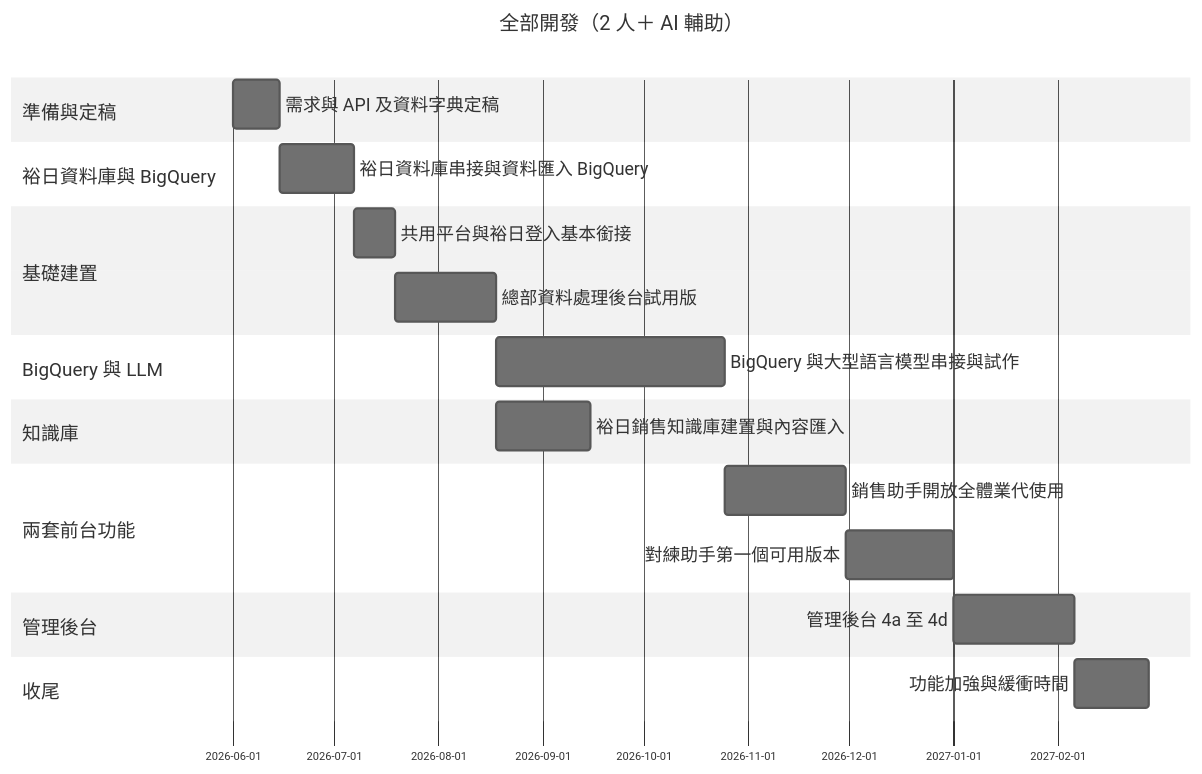
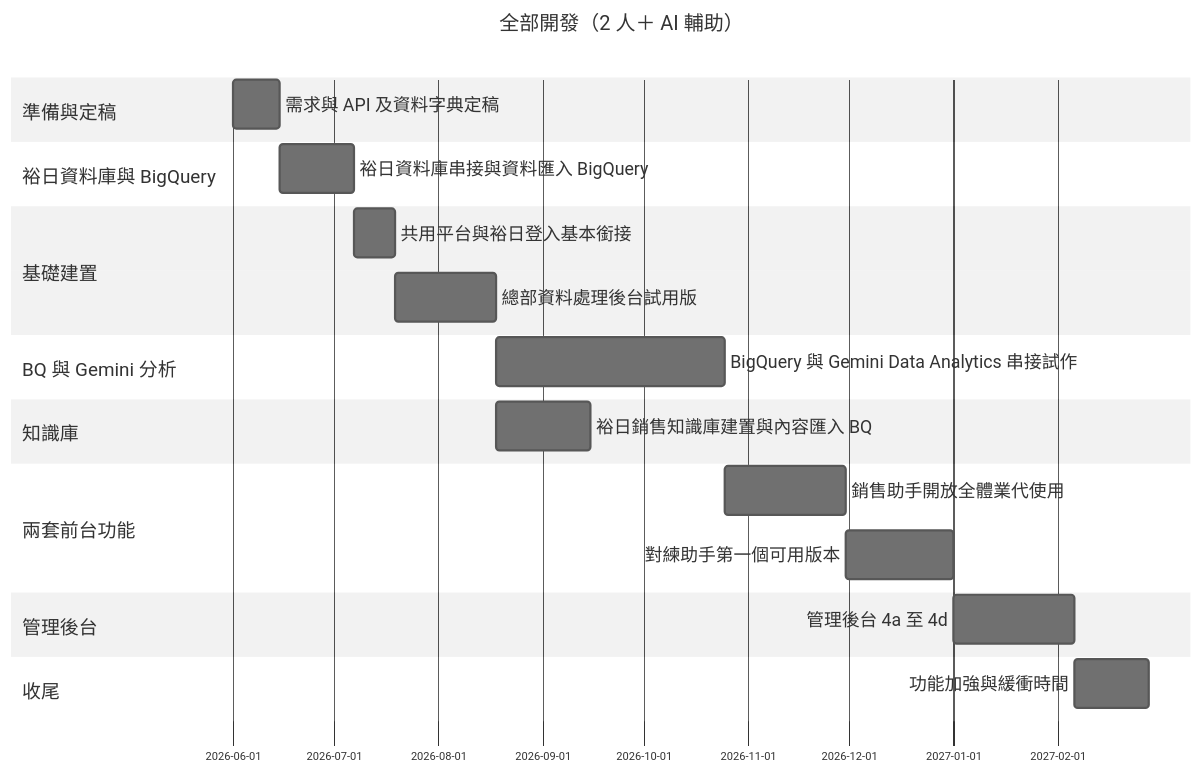
The first of 2 diagrams in PROJECT_SCOPE_SALES_TRAINING.md (humtersiso/YNM_Sales_AI_Coach), drawn with Mermaid (neutral theme) before and after one commit. The commit also changed other lines of this file and 3 other files, not shown here.

First line of the commit message:
docs: v0.15 定案 BQ + Gemini Data Analytics 資料路徑

````diff
--- a/PROJECT_SCOPE_SALES_TRAINING.md
+++ b/PROJECT_SCOPE_SALES_TRAINING.md
@@ -133,24 +251,47 @@
 ```mermaid
+
 %%{init: { "gantt": { "barHeight": 44, "barGap": 14, "fontSize": 16, "sectionFontSize": 17, "topPadding": 70, "leftPadding": 200, "gridLineStartPadding": 50 } } }%%
+
 gantt
+
 title 全部開發（2 人＋ AI 輔助）
+
 dateFormat YYYY-MM-DD
+
 section 準備與定稿
+
 需求與 API 及資料字典定稿 :p0, 2026-06-01, 14d
+
 section 裕日資料庫與 BigQuery
+
 裕日資料庫串接與資料匯入 BigQuery :pdb, after p0, 22d
+
 section 基礎建置
+
 共用平台與裕日登入基本銜接 :p1, after pdb, 12d
+
 總部資料處理後台試用版 :p1b, after p1, 30d
-section BigQuery 與 LLM
-BigQuery 與大型語言模型串接與試作 :pll, after p1b, 68d
+
+section BQ 與 Gemini 分析
+
+BigQuery 與 Gemini Data Analytics 串接試作 :pll, after p1b, 68d
+
 section 知識庫
-裕日銷售知識庫建置與內容匯入 :pk, after p1b, 28d
+
+裕日銷售知識庫建置與內容匯入 BQ :pk, after p1b, 28d
+
 section 兩套前台功能
+
 銷售助手開放全體業代使用 :p3a, after pll pk, 36d
+
 對練助手第一個可用版本 :p3b, after p3a, 32d
+
 section 管理後台
+
 管理後台 4a 至 4d :p4, after p3b, 36d
+
 section 收尾
+
 功能加強與緩衝時間 :p5, after p4, 22d
+
 ```
````
